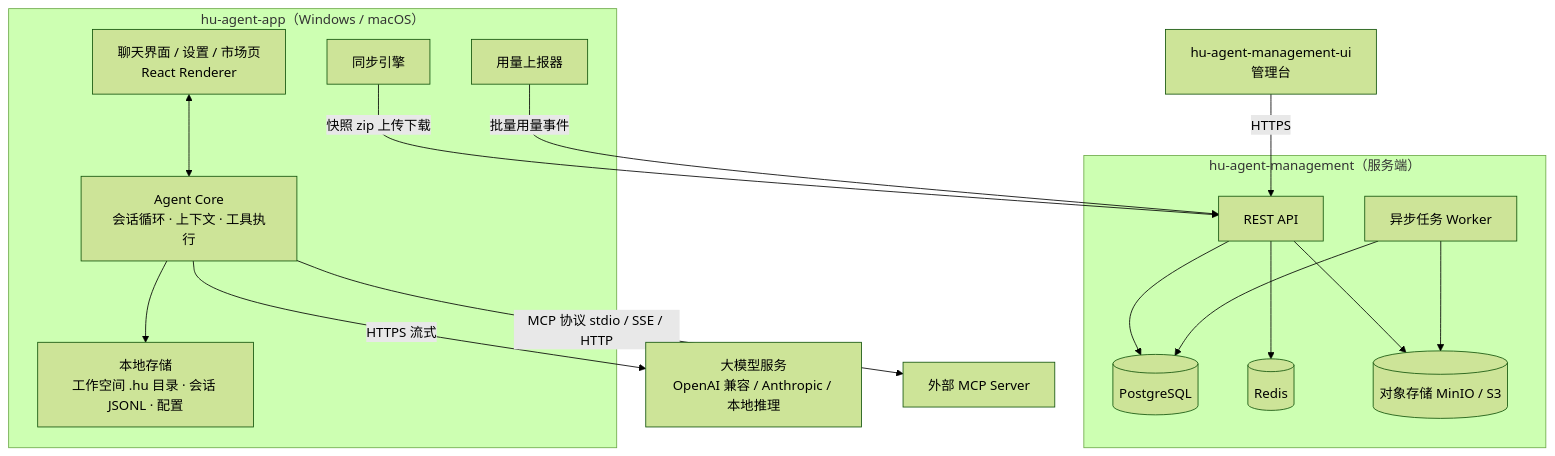
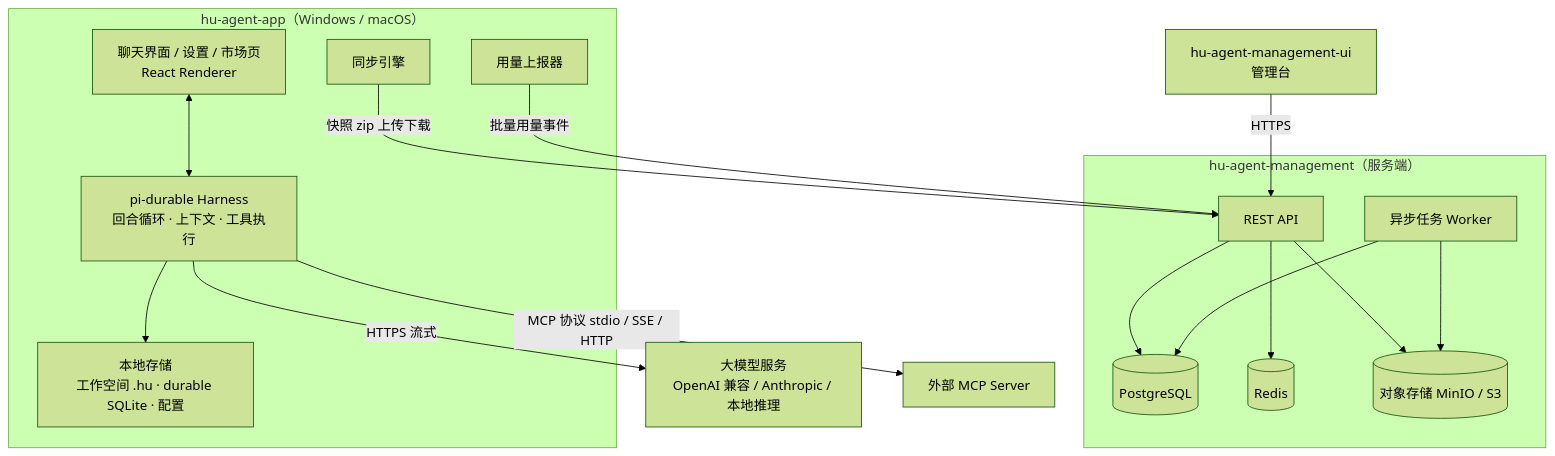
The first of 13 diagrams in docs/design.md (CQ-Developer/hu-agent), drawn with Mermaid (forest theme) before and after one commit. The commit also changed other lines of this file and 12 other files, not shown here.

````diff
--- a/docs/design.md
+++ b/docs/design.md
@@ -67,36 +67,36 @@
 ```mermaid
 flowchart TB
   subgraph Client["hu-agent-app（Windows / macOS）"]
     UI["聊天界面 / 设置 / 市场页<br/>React Renderer"]
-    Core["Agent Core<br/>会话循环 · 上下文 · 工具执行"]
-    Local["本地存储<br/>工作空间 .hu 目录 · 会话 JSONL · 配置"]
+    Core["pi-durable Harness<br/>回合循环 · 上下文 · 工具执行"]
+    Local["本地存储<br/>工作空间 .hu · durable SQLite · 配置"]
     Sync["同步引擎"]
     Report["用量上报器"]
   end
 
   subgraph Server["hu-agent-management（服务端）"]
     API["REST API"]
     Worker["异步任务 Worker"]
     DB[("PostgreSQL")]
     Cache[("Redis")]
     OSS[("对象存储 MinIO / S3")]
   end
 
   AdminUI["hu-agent-management-ui<br/>管理台"]
 
   Model["大模型服务<br/>OpenAI 兼容 / Anthropic / 本地推理"]
   MCPServer["外部 MCP Server"]
 
   UI <--> Core
   Core --> Local
   Core -->|"HTTPS 流式"| Model
   Core -->|"MCP 协议 stdio / SSE / HTTP"| MCPServer
   Sync -->|"快照 zip 上传下载"| API
   Report -->|"批量用量事件"| API
   API --> DB
   API --> Cache
   API --> OSS
   Worker --> DB
   Worker --> OSS
   AdminUI -->|"HTTPS"| API
 ```
````
